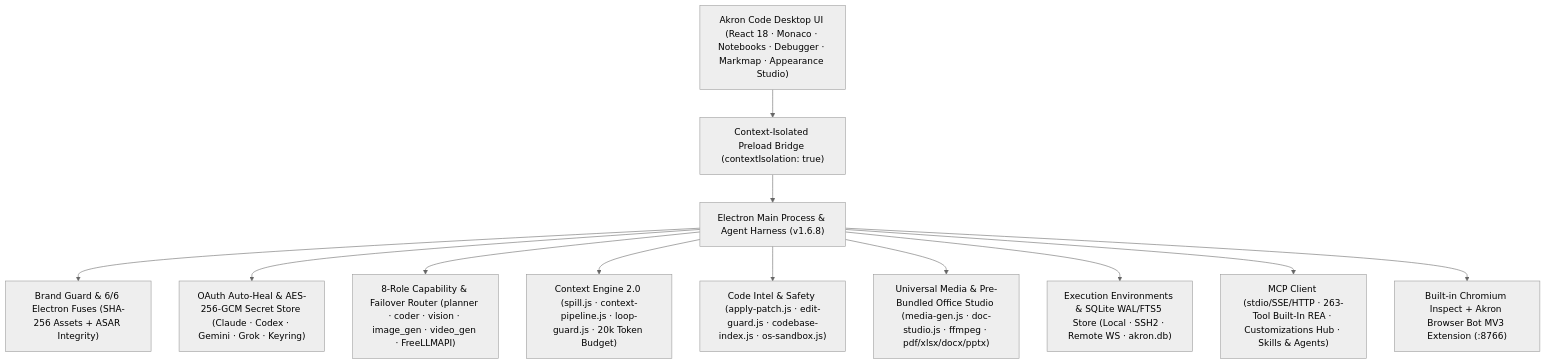
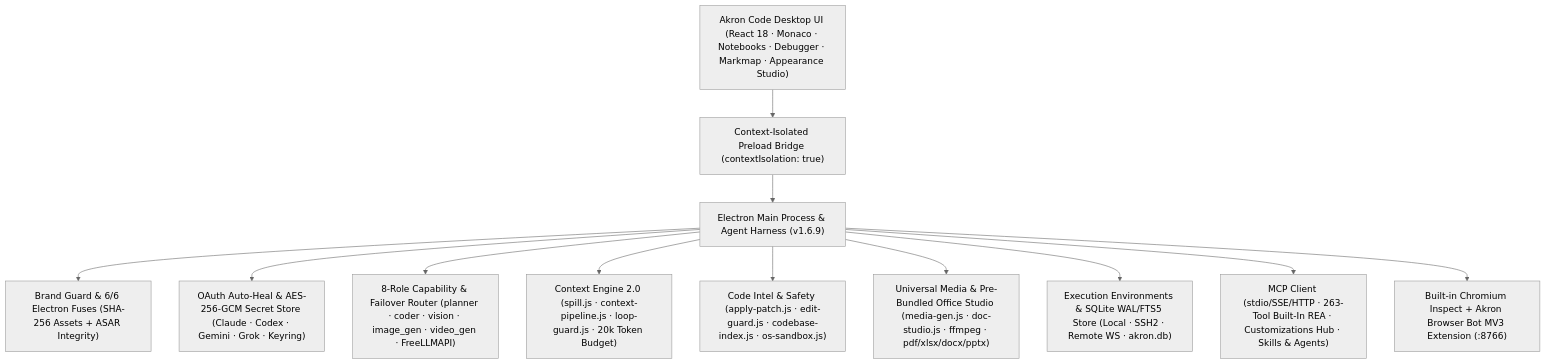
The second of 3 diagrams in README.md (faysaliteng/akron-code), drawn with Mermaid (neutral theme) before and after one commit. The commit also changed other lines of this file and 74 other files, not shown here.

````diff
--- a/README.md
+++ b/README.md
@@ -147,15 +147,15 @@
 ```mermaid
 flowchart TD
   UI["Akron Code Desktop UI (React 18 · Monaco · Notebooks · Debugger · Markmap · Appearance Studio)"] --> Preload["Context-Isolated Preload Bridge (contextIsolation: true)"]
-  Preload --> Main["Electron Main Process & Agent Harness (v1.6.8)"]
+  Preload --> Main["Electron Main Process & Agent Harness (v1.6.9)"]
 
   Main --> Brand["Brand Guard & 6/6 Electron Fuses (SHA-256 Assets + ASAR Integrity)"]
   Main --> Auth["OAuth Auto-Heal & AES-256-GCM Secret Store (Claude · Codex · Gemini · Grok · Keyring)"]
   Main --> Router["8-Role Capability & Failover Router (planner · coder · vision · image_gen · video_gen · FreeLLMAPI)"]
   Main --> Context["Context Engine 2.0 (spill.js · context-pipeline.js · loop-guard.js · 20k Token Budget)"]
   Main --> Intel["Code Intel & Safety (apply-patch.js · edit-guard.js · codebase-index.js · os-sandbox.js)"]
   Main --> Studio["Universal Media & Pre-Bundled Office Studio (media-gen.js · doc-studio.js · ffmpeg · pdf/xlsx/docx/pptx)"]
   Main --> Envs["Execution Environments & SQLite WAL/FTS5 Store (Local · SSH2 · Remote WS · akron.db)"]
   Main --> Ext["MCP Client (stdio/SSE/HTTP · 263-Tool Built-In REA · Customizations Hub · Skills & Agents)"]
   Main --> Bridge["Built-in Chromium Inspect + Akron Browser Bot MV3 Extension (:8766)"]
 ```
````
